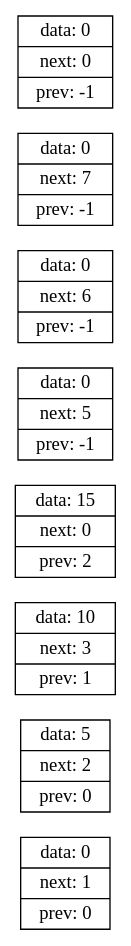
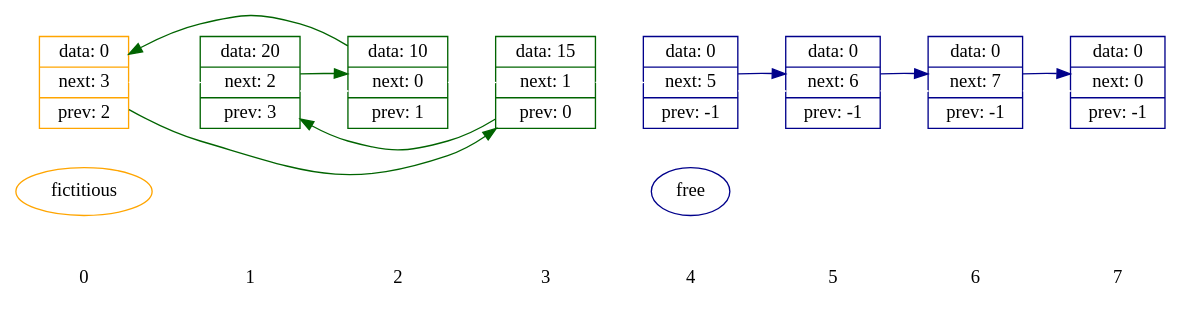
Before and after one commit to whiterno/list: the diagram in log/dump.dot, drawn with Graphviz. The commit also changed 9 other files, not shown here.

```diff
--- a/log/dump.dot
+++ b/log/dump.dot
@@ -1,11 +1,55 @@
 digraph D{
-rankdir = LR;
-node_0 [shape = record, label = " data: 0 | next: 1 | prev: 0 "]
-node_1 [shape = record, label = " data: 5 | next: 2 | prev: 0 "]
-node_2 [shape = record, label = " data: 10 | next: 3 | prev: 1 "]
-node_3 [shape = record, label = " data: 15 | next: 0 | prev: 2 "]
-node_4 [shape = record, label = " data: 0 | next: 5 | prev: -1 "]
-node_5 [shape = record, label = " data: 0 | next: 6 | prev: -1 "]
-node_6 [shape = record, label = " data: 0 | next: 7 | prev: -1 "]
-node_7 [shape = record, label = " data: 0 | next: 0 | prev: -1 "]
+	rankdir = LR
+	{
+	node[shape = plaintext]
+	edge[color = "white"]
+	"0" -> "1" -> "2" -> "3" -> "4" -> "5" -> "6" -> "7"
+	}
+
+	free [color = "darkblue"]
+
+	fictitious [color = "orange"]
+
+	{rank = same;  "0"; node_0; fictitious;}
+	{rank = same;  "1"; node_1;}
+	{rank = same;  "2"; node_2;}
+	{rank = same;  "3"; node_3;}
+	{rank = same;  "4"; node_4; free;}
+	{rank = same;  "5"; node_5;}
+	{rank = same;  "6"; node_6;}
+	{rank = same;  "7"; node_7;}
+
+	node_0 [shape = record, label = " data: 0 | next: 3 | prev: 2 "]
+	node_1 [shape = record, label = " data: 20 | next: 2 | prev: 3 "]
+	node_2 [shape = record, label = " data: 10 | next: 0 | prev: 1 "]
+	node_3 [shape = record, label = " data: 15 | next: 1 | prev: 0 "]
+	node_4 [shape = record, label = " data: 0 | next: 5 | prev: -1 "]
+	node_5 [shape = record, label = " data: 0 | next: 6 | prev: -1 "]
+	node_6 [shape = record, label = " data: 0 | next: 7 | prev: -1 "]
+	node_7 [shape = record, label = " data: 0 | next: 0 | prev: -1 "]
+
+	node_0 -> node_1 [weight = 100, color = "white"]
+	node_1 -> node_2 [weight = 100, color = "white"]
+	node_2 -> node_3 [weight = 100, color = "white"]
+	node_3 -> node_4 [weight = 100, color = "white"]
+	node_4 -> node_5 [weight = 100, color = "white"]
+	node_5 -> node_6 [weight = 100, color = "white"]
+	node_6 -> node_7 [weight = 100, color = "white"]
+
+	node_0 -> node_3 [color = "darkgreen"]
+	node_0 [color  = "orange"]
+	node_3 -> node_1 [color = "darkgreen"]
+	node_3 [color  = "darkgreen"]
+	node_1 -> node_2 [color = "darkgreen"]
+	node_1 [color  = "darkgreen"]
+	node_2 -> node_0 [color = "darkgreen"]
+	node_2 [color  = "darkgreen"]
+
+	node_4 [color  = "darkblue"]
+	node_4 -> node_5 [color = "darkblue"]
+	node_5 [color  = "darkblue"]
+	node_5 -> node_6 [color = "darkblue"]
+	node_6 [color  = "darkblue"]
+	node_6 -> node_7 [color = "darkblue"]
+	node_7 [color  = "darkblue"]
 }
```
